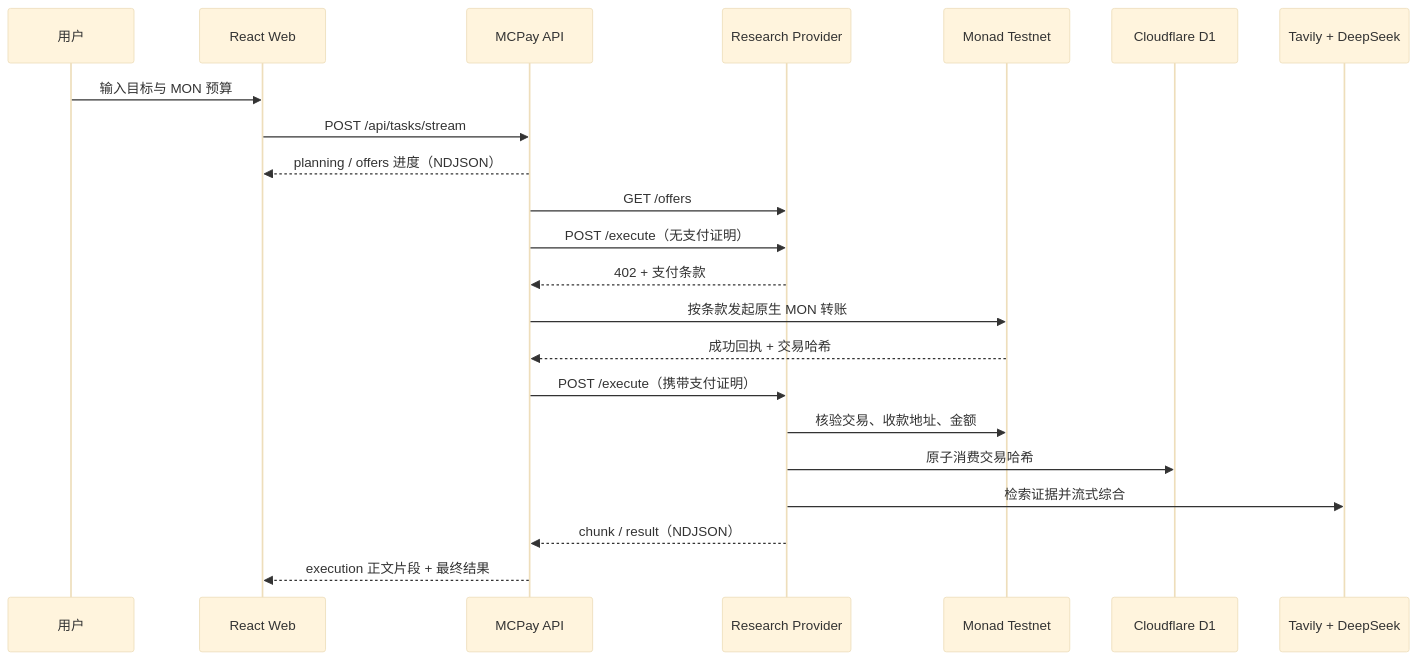
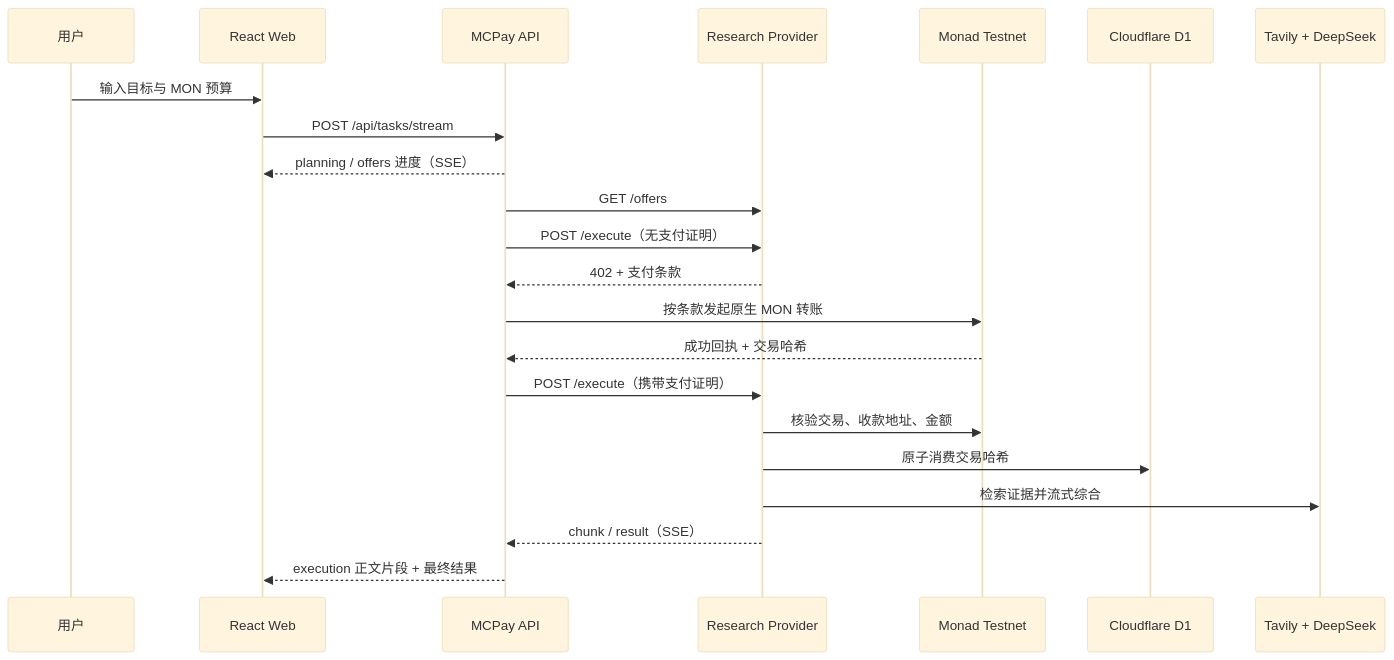
Before and after one commit to Mt-Youya/MCPay: the second of 2 diagrams in docs/SYSTEM-ARCHITECTURE.md, drawn with Mermaid (base theme). The commit also changed other lines of this file and 14 other files, not shown here.

````diff
--- a/docs/SYSTEM-ARCHITECTURE.md
+++ b/docs/SYSTEM-ARCHITECTURE.md
@@ -22,25 +22,25 @@
 ```mermaid
 sequenceDiagram
   participant User as 用户
   participant Web as React Web
   participant API as MCPay API
   participant Provider as Research Provider
   participant Monad as Monad Testnet
   participant D1 as Cloudflare D1
   participant AI as Tavily + DeepSeek
 
   User->>Web: 输入目标与 MON 预算
   Web->>API: POST /api/tasks/stream
-  API-->>Web: planning / offers 进度（NDJSON）
+  API-->>Web: planning / offers 进度（SSE）
   API->>Provider: GET /offers
   API->>Provider: POST /execute（无支付证明）
   Provider-->>API: 402 + 支付条款
   API->>Monad: 按条款发起原生 MON 转账
   Monad-->>API: 成功回执 + 交易哈希
   API->>Provider: POST /execute（携带支付证明）
   Provider->>Monad: 核验交易、收款地址、金额
   Provider->>D1: 原子消费交易哈希
   Provider->>AI: 检索证据并流式综合
-  Provider-->>API: chunk / result（NDJSON）
+  Provider-->>API: chunk / result（SSE）
   API-->>Web: execution 正文片段 + 最终结果
 ```
````
